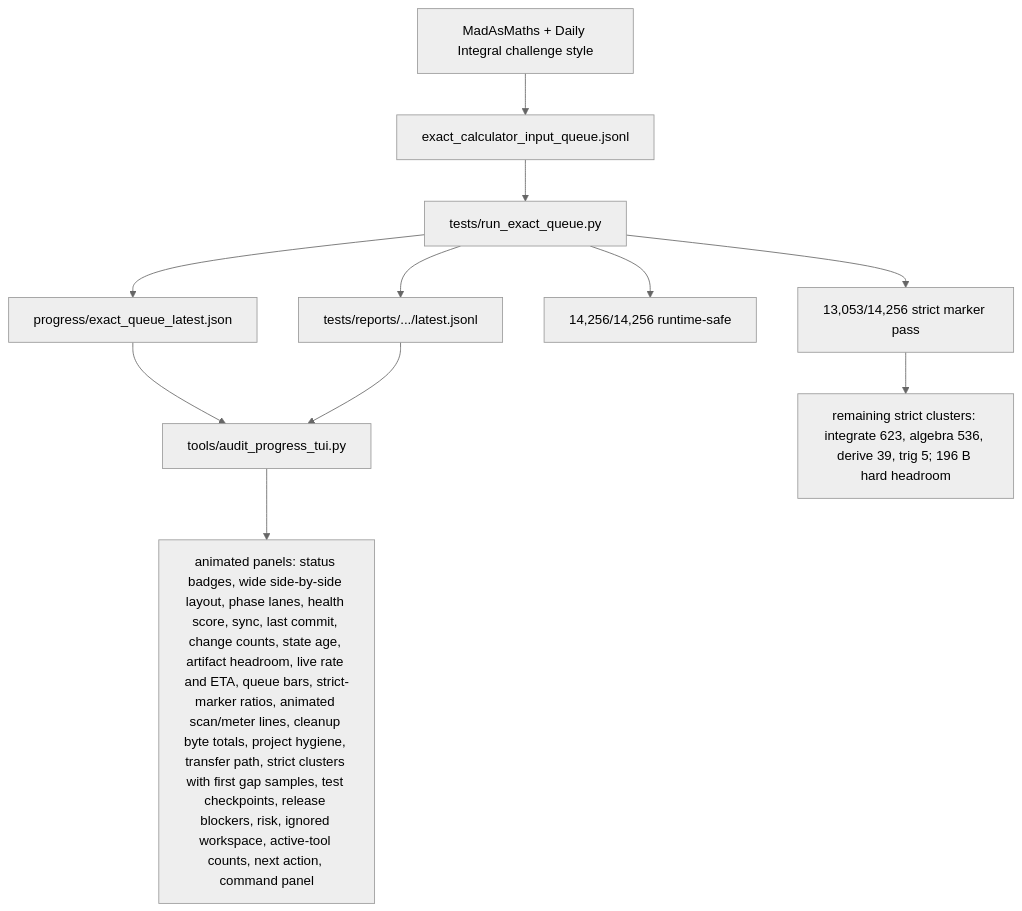
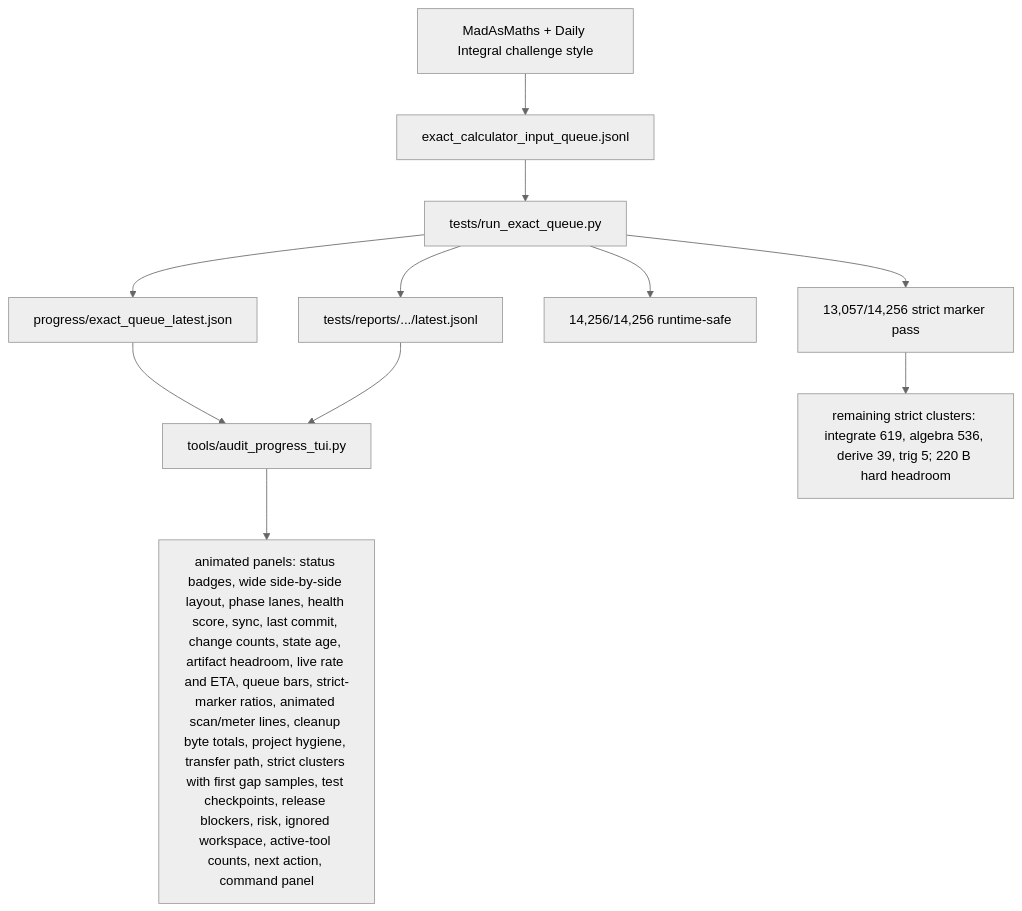
Before and after one commit to james8464/notes-addin-casio-fx-cg50: the fifth of 6 diagrams in docs/GRAPH.md, drawn with Mermaid (neutral theme). The commit also changed other lines of this file and 4 other files, not shown here.

````diff
--- a/docs/GRAPH.md
+++ b/docs/GRAPH.md
@@ -62,13 +62,13 @@
 ```mermaid
 graph TD
   Online["MadAsMaths + Daily Integral challenge style"] --> Queue["exact_calculator_input_queue.jsonl"]
   Queue --> Runner["tests/run_exact_queue.py"]
   Runner --> Live["progress/exact_queue_latest.json"]
   Runner --> Report["tests/reports/.../latest.jsonl"]
   Live --> TUI["tools/audit_progress_tui.py"]
   Report --> TUI
   TUI --> Panels["animated panels: status badges, wide side-by-side layout, phase lanes, health score, sync, last commit, change counts, state age, artifact headroom, live rate and ETA, queue bars, strict-marker ratios, animated scan/meter lines, cleanup byte totals, project hygiene, transfer path, strict clusters with first gap samples, test checkpoints, release blockers, risk, ignored workspace, active-tool counts, next action, command panel"]
   Runner --> Runtime["14,256/14,256 runtime-safe"]
-  Runner --> Strict["13,053/14,256 strict marker pass"]
-  Strict --> Remaining["remaining strict clusters: integrate 623, algebra 536, derive 39, trig 5; 196 B hard headroom"]
+  Runner --> Strict["13,057/14,256 strict marker pass"]
+  Strict --> Remaining["remaining strict clusters: integrate 619, algebra 536, derive 39, trig 5; 220 B hard headroom"]
 ```
````
